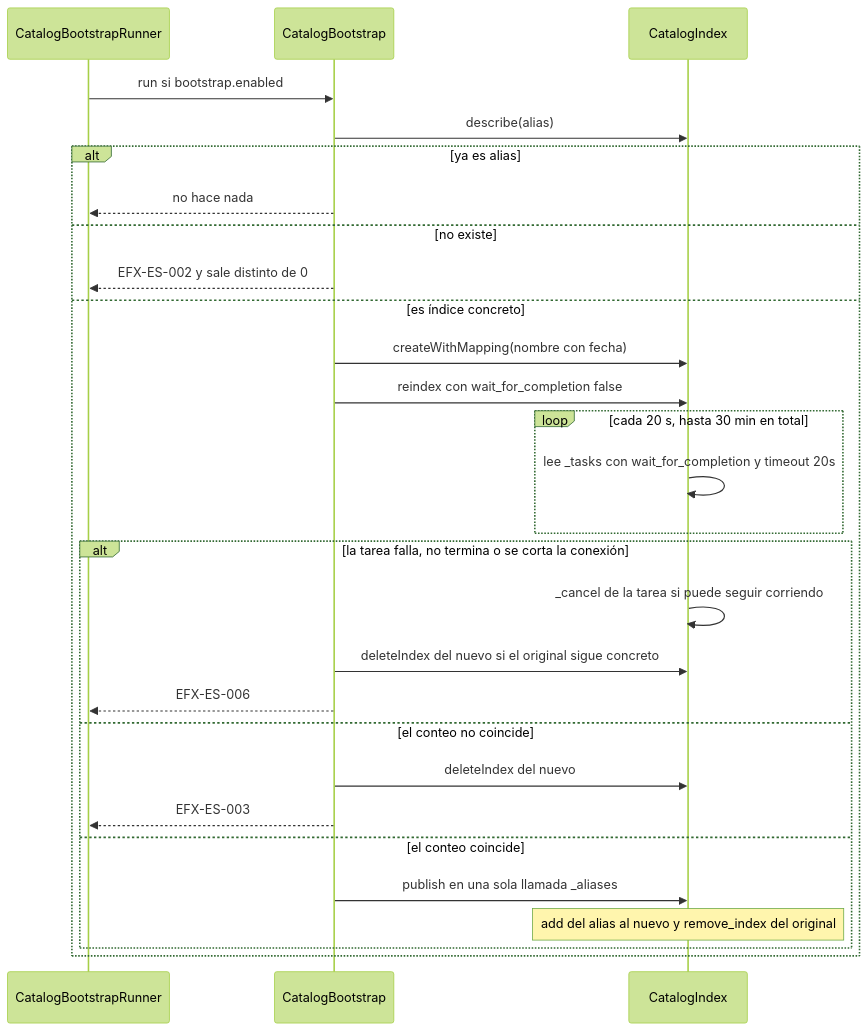
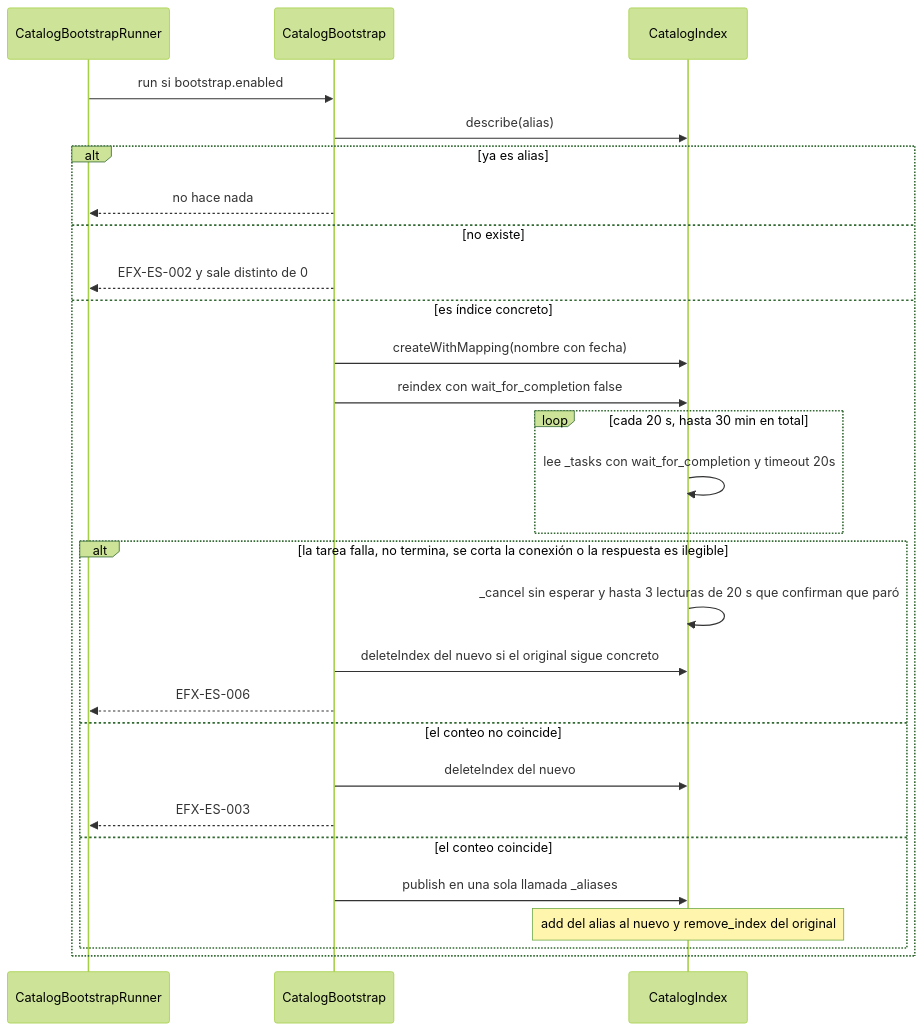
One commit to bigfito/elastiflix-reloaded changed the third of 3 diagrams in docs/diseno/1.md. Above: the diagram before and after it, drawn with Mermaid (forest theme). The commit also changed other lines of this file and 4 other files, not shown here.

````diff
--- a/docs/diseno/1.md
+++ b/docs/diseno/1.md
@@ -130,31 +130,31 @@
 ```mermaid
 sequenceDiagram
   participant Run as CatalogBootstrapRunner
   participant Boot as CatalogBootstrap
   participant Cat as CatalogIndex
 
   Run->>Boot: run si bootstrap.enabled
   Boot->>Cat: describe(alias)
   alt ya es alias
     Boot-->>Run: no hace nada
   else no existe
     Boot-->>Run: EFX-ES-002 y sale distinto de 0
   else es índice concreto
     Boot->>Cat: createWithMapping(nombre con fecha)
     Boot->>Cat: reindex con wait_for_completion false
     loop cada 20 s, hasta 30 min en total
       Cat->>Cat: lee _tasks con wait_for_completion y timeout 20s
     end
-    alt la tarea falla, no termina o se corta la conexión
-      Cat->>Cat: _cancel de la tarea si puede seguir corriendo
+    alt la tarea falla, no termina, se corta la conexión o la respuesta es ilegible
+      Cat->>Cat: _cancel sin esperar y hasta 3 lecturas de 20 s que confirman que paró
       Boot->>Cat: deleteIndex del nuevo si el original sigue concreto
       Boot-->>Run: EFX-ES-006
     else el conteo no coincide
       Boot->>Cat: deleteIndex del nuevo
       Boot-->>Run: EFX-ES-003
     else el conteo coincide
       Boot->>Cat: publish en una sola llamada _aliases
       Note over Cat: add del alias al nuevo y remove_index del original
     end
   end
 ```
````
